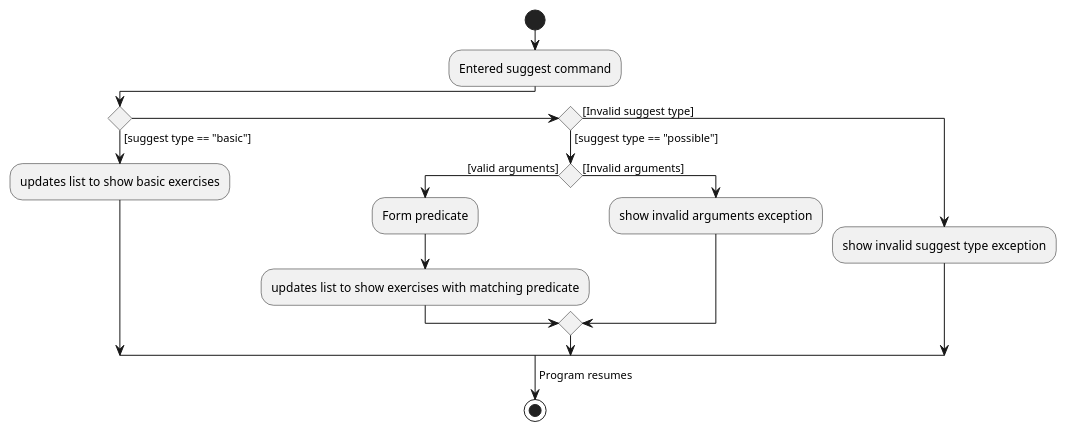
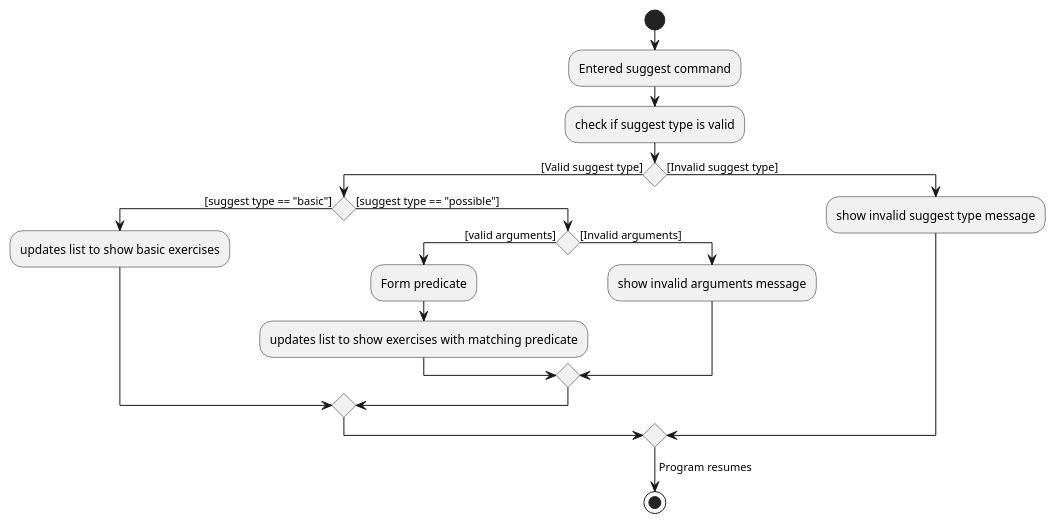
Before and after one commit to kwekke/main: the diagram in docs/diagrams/SuggestActivityDiagram.puml, drawn with PlantUML. The commit also changed 2 other files, not shown here.

```diff
--- a/docs/diagrams/SuggestActivityDiagram.puml
+++ b/docs/diagrams/SuggestActivityDiagram.puml
@@ -1,21 +1,24 @@
 @startuml
 skinparam activityShape rectangle
 
 start
 :Entered suggest command;
+:check if suggest type is valid;
+if() then ([Valid suggest type])
 
 if() then ([suggest type == "basic"])
     :updates list to show basic exercises;
-else if () then ([suggest type == "possible"])
+else ([suggest type == "possible"])
     if() then ([valid arguments])
         :Form predicate;
         :updates list to show exercises with matching predicate;
     else ([Invalid arguments])
-        :show invalid arguments exception;
+        :show invalid arguments message;
+    endif
     endif
 else ([Invalid suggest type])
-    :show invalid suggest type exception;
+    :show invalid suggest type message;
 endif
 -> Program resumes;
 stop
 @enduml
```
